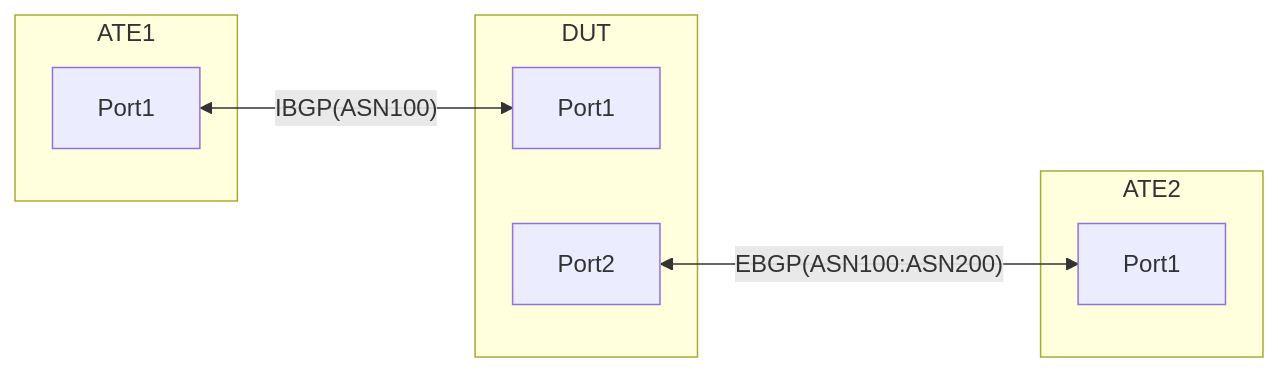
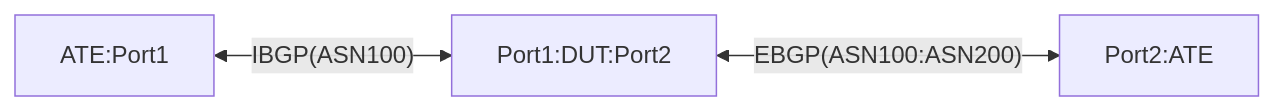
Before and after one commit to openconfig/featureprofiles: the diagram in feature/policy_forwarding/vrf_selection/otg_tests/multiple_vrfs_and_gue_decap/README.md, drawn with Mermaid. The commit also changed other lines of this file, not shown here.

Commit message:
Simplifying the ATE port usage to avoid confusion

````diff
--- a/feature/policy_forwarding/vrf_selection/otg_tests/multiple_vrfs_and_gue_decap/README.md
+++ b/feature/policy_forwarding/vrf_selection/otg_tests/multiple_vrfs_and_gue_decap/README.md
@@ -11,18 +11,5 @@
 ```mermaid
 graph LR; 
-subgraph ATE1 [ATE1]
-    A1[Port1] 
-end
 
-subgraph DUT [DUT]
-    B1[Port1]
-    B2[Port2]
-end
-
-subgraph ATE2 [ATE2]
-    C1[Port1] 
-end
-
-A1 <-- IBGP(ASN100) --> B1; 
-B2 <-- EBGP(ASN100:ASN200) --> C1;;
+A[ATE:Port1] <--IBGP(ASN100)--> B[Port1:DUT:Port2];B <--EBGP(ASN100:ASN200)--> C[Port2:ATE];
 ```
````
